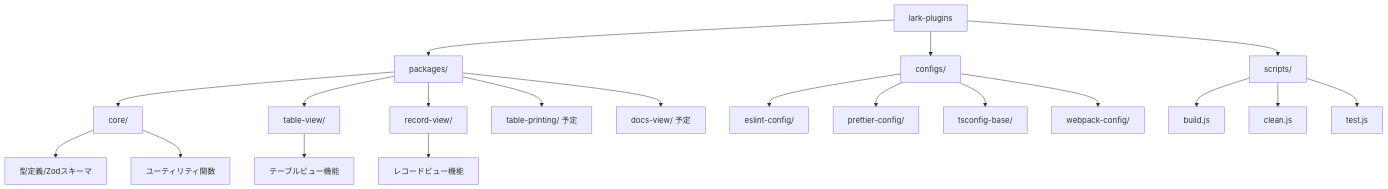
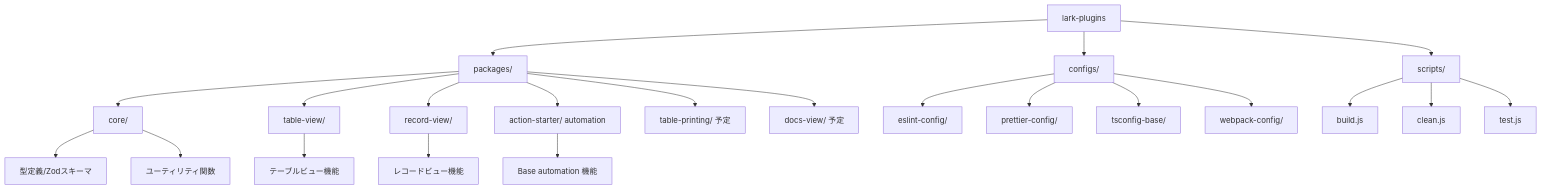
One commit to shoma-endo/lark-plugins changed the diagram in README.md. Above: the diagram before and after it, drawn with Mermaid. The commit also changed other lines of this file and 1 other file, not shown here.

````diff
--- a/README.md
+++ b/README.md
@@ -17,27 +24,29 @@
 ```mermaid
 graph TD
     A[lark-plugins] --> B[packages/]
     A --> C[configs/]
     A --> D[scripts/]
     
     B --> E[core/]
     B --> F[table-view/]
     B --> G[record-view/]
-    B --> H[table-printing/ 予定]
-    B --> I[docs-view/ 予定]
+    B --> H[action-starter/ automation]
+    B --> I[table-printing/ 予定]
+    B --> J[docs-view/ 予定]
     
-    C --> J[eslint-config/]
-    C --> K[prettier-config/]
-    C --> L[tsconfig-base/]
-    C --> M[webpack-config/]
+    C --> K[eslint-config/]
+    C --> L[prettier-config/]
+    C --> M[tsconfig-base/]
+    C --> N[webpack-config/]
     
-    D --> N[build.js]
-    D --> O[clean.js]
-    D --> P[test.js]
+    D --> O[build.js]
+    D --> P[clean.js]
+    D --> Q[test.js]
     
-    E --> Q[型定義/Zodスキーマ]
-    E --> R[ユーティリティ関数]
+    E --> R[型定義/Zodスキーマ]
+    E --> S[ユーティリティ関数]
     
-    F --> S[テーブルビュー機能]
-    G --> T[レコードビュー機能]
+    F --> T[テーブルビュー機能]
+    G --> U[レコードビュー機能]
+    H --> V[Base automation 機能]
 ```
````
